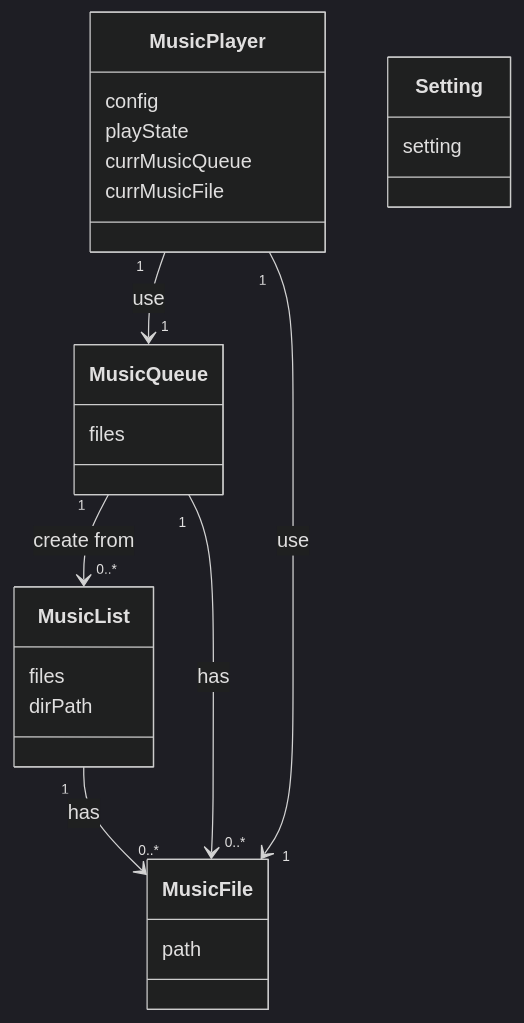
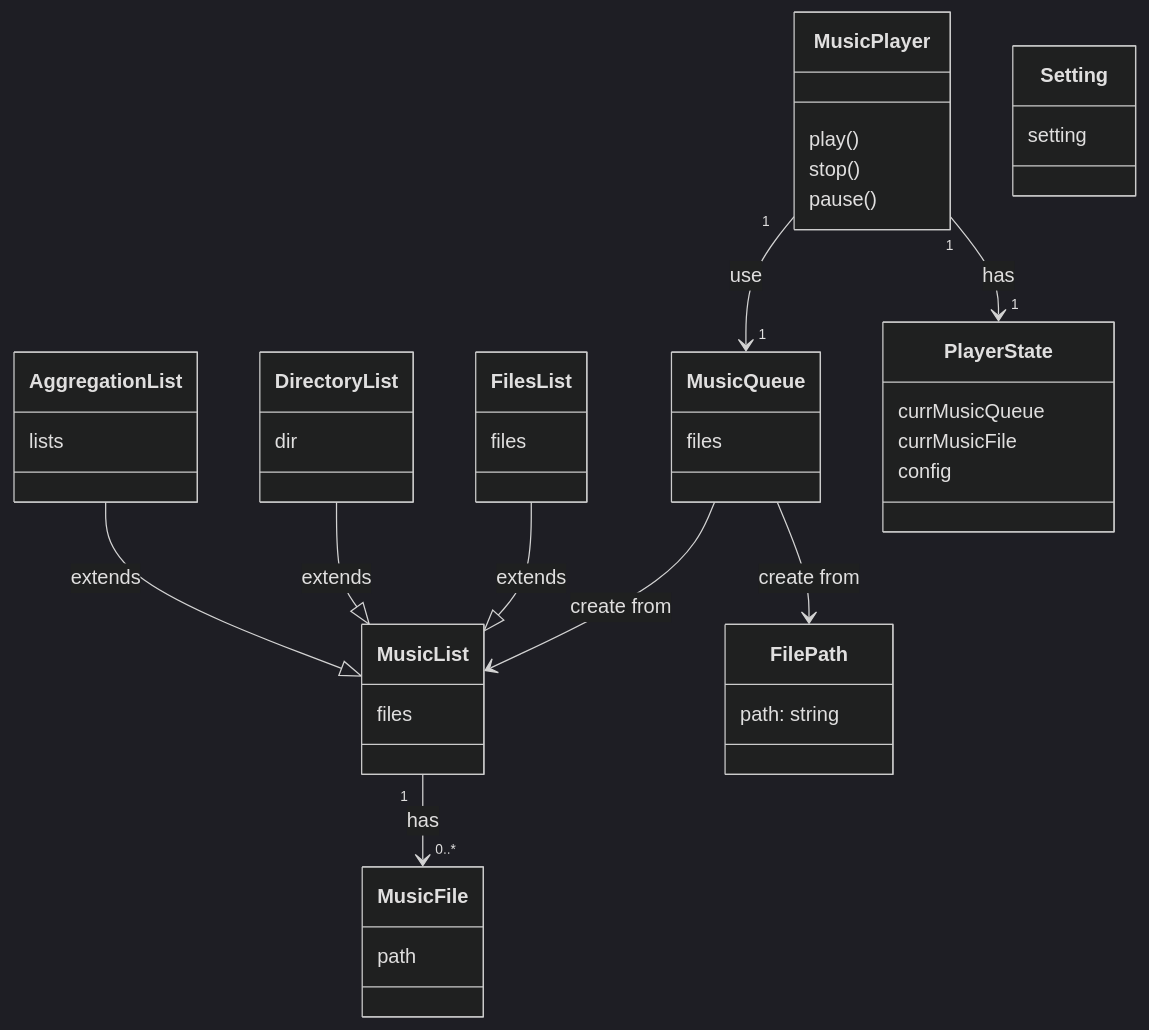
Before and after one commit to lisery454/Orchidic: the first of 3 diagrams in TODO.md, drawn with Mermaid (dark theme). The commit also changed other lines of this file, not shown here.

````diff
--- a/TODO.md
+++ b/TODO.md
@@ -16,31 +16,54 @@
 ```mermaid
 classDiagram
 class MusicFile {
 	path
 }
 
 class MusicList {
 	files
-	dirPath
+}
+
+class AggregationList {
+	lists
+}
+
+class DirectoryList {
+	dir
+}
+
+class FilesList {
+	files
 }
 
 class MusicQueue {
 	files
 }
 
-class MusicPlayer {
-	config
-	playState
+class PlayerState {
 	currMusicQueue
 	currMusicFile
+	config
+}
+
+class MusicPlayer {
+	play()
+	stop()
+	pause()
+}
+
+class FilePath {
+	path:	string
 }
 
 class Setting {
 	setting
 }
 MusicList "1" --> "0..*" MusicFile : has
-MusicQueue "1" --> "0..*" MusicFile : has
-MusicQueue "1" --> "0..*" MusicList : create from
 MusicPlayer "1" --> "1" MusicQueue : use
-MusicPlayer "1" --> "1" MusicFile : use
+MusicPlayer "1" --> "1" PlayerState : has
+MusicQueue  --> MusicList : create from
+MusicQueue  --> FilePath : create from
+AggregationList  --|> MusicList: extends
+DirectoryList  --|> MusicList: extends
+FilesList  --|> MusicList: extends
 ```
````
